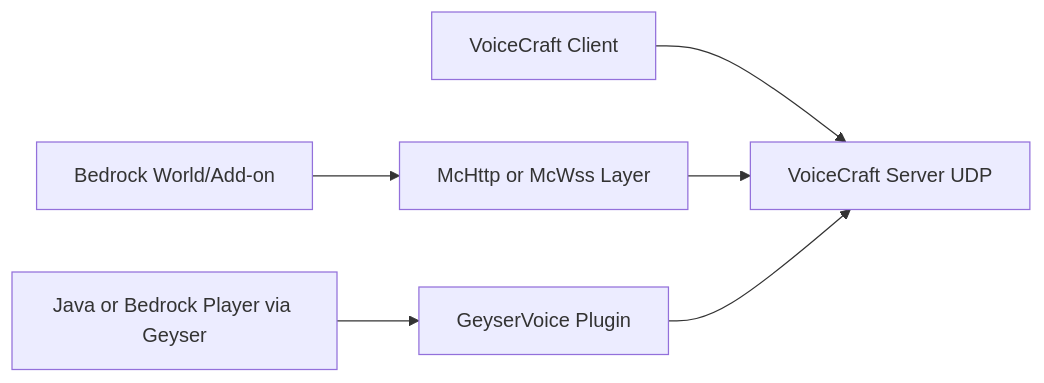
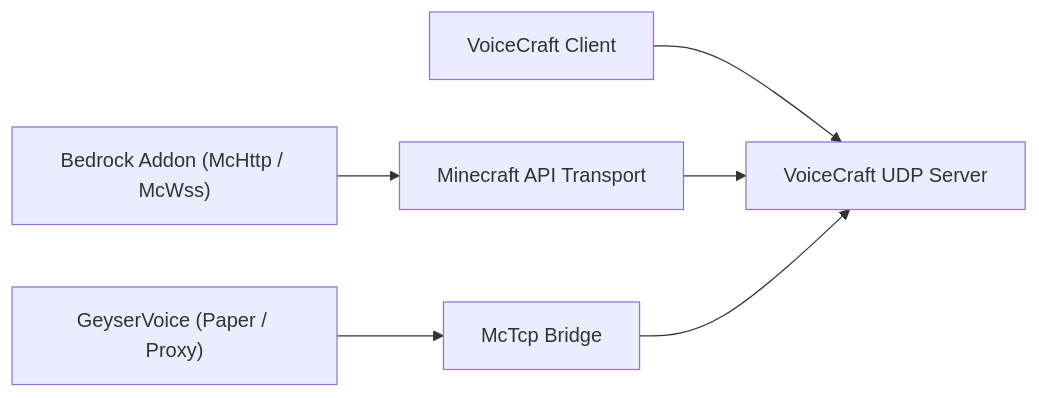
Before and after one commit to AvionBlock/VoiceCraft.Docs: the diagram in content/ru/6.ecosystem/1.overview.md, drawn with Mermaid. The commit also changed other lines of this file and 73 other files, not shown here.

````diff
--- a/content/ru/6.ecosystem/1.overview.md
+++ b/content/ru/6.ecosystem/1.overview.md
@@ -18,8 +16,8 @@
 ```mermaid
 flowchart LR
-  A[VoiceCraft Client] --> B[VoiceCraft Server UDP]
-  C[Bedrock World/Add-on] --> D[McHttp or McWss Layer]
+  A["VoiceCraft Client"] --> B["VoiceCraft UDP Server"]
+  C["Bedrock Addon (McHttp / McWss)"] --> D["Minecraft API Transport"]
   D --> B
-  E[Java or Bedrock Player via Geyser] --> F[GeyserVoice Plugin]
+  E["GeyserVoice (Paper / Proxy)"] --> F["McTcp Bridge"]
   F --> B
 ```
````
